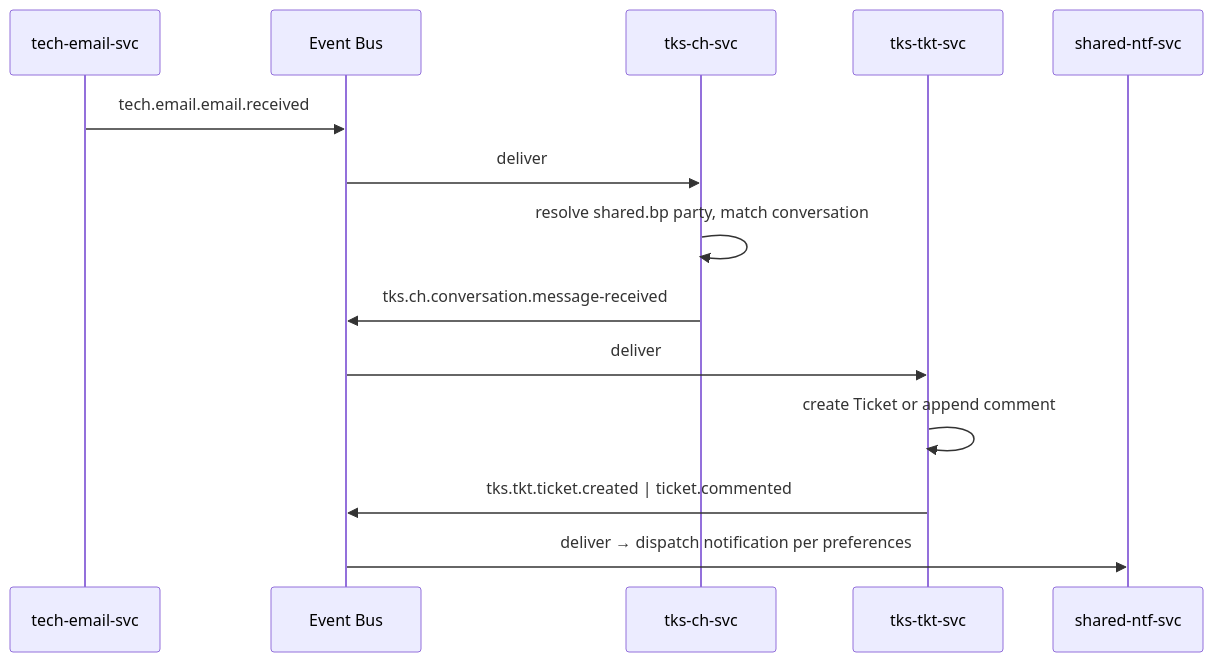
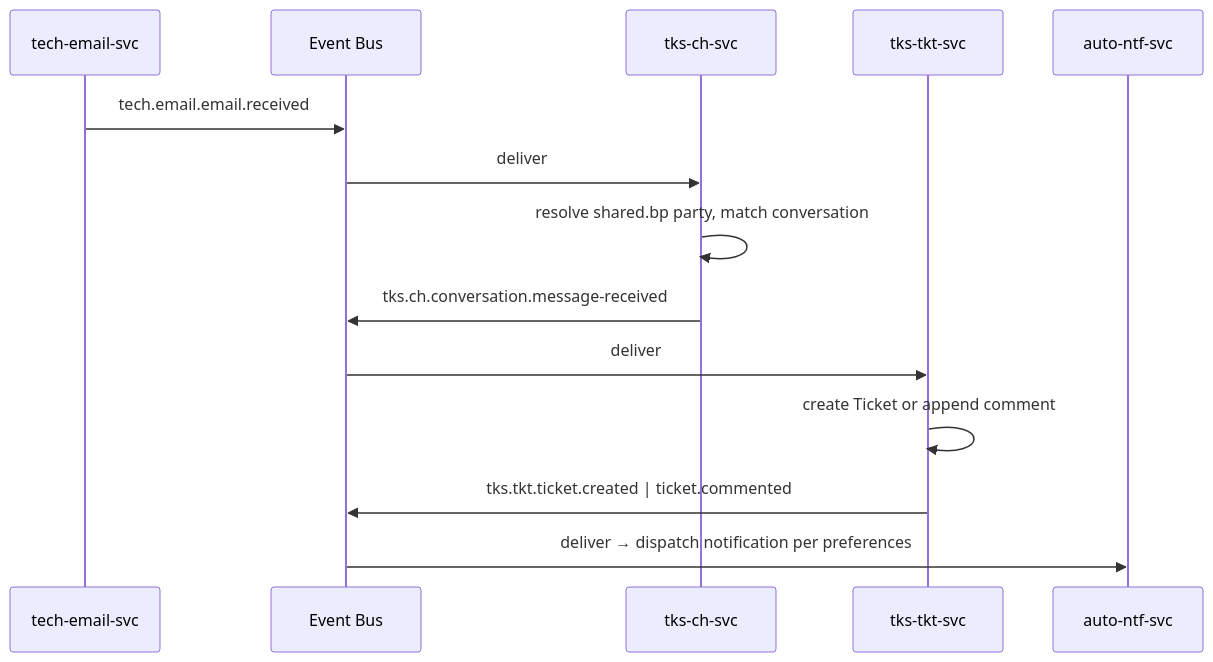
The fourth of 7 diagrams in T3_Domains/TKS/_tks_suite.md (openleap-io/io.openleap.dev.spec), drawn with Mermaid before and after one commit. The commit also changed other lines of this file and 8 other files, not shown here.

First line of the commit message:
refactor(T2): update T3 cross-refs and root README to shared/auto suite names

````diff
--- a/T3_Domains/TKS/_tks_suite.md
+++ b/T3_Domains/TKS/_tks_suite.md
@@ -333,17 +333,17 @@
 ```mermaid
 sequenceDiagram
     participant E as tech-email-svc
     participant B as Event Bus
     participant C as tks-ch-svc
     participant T as tks-tkt-svc
-    participant N as shared-ntf-svc
+    participant N as auto-ntf-svc
 
     E->>B: tech.email.email.received
     B->>C: deliver
     C->>C: resolve shared.bp party, match conversation
     C->>B: tks.ch.conversation.message-received
     B->>T: deliver
     T->>T: create Ticket or append comment
     T->>B: tks.tkt.ticket.created | ticket.commented
     B->>N: deliver → dispatch notification per preferences
 ```
````
